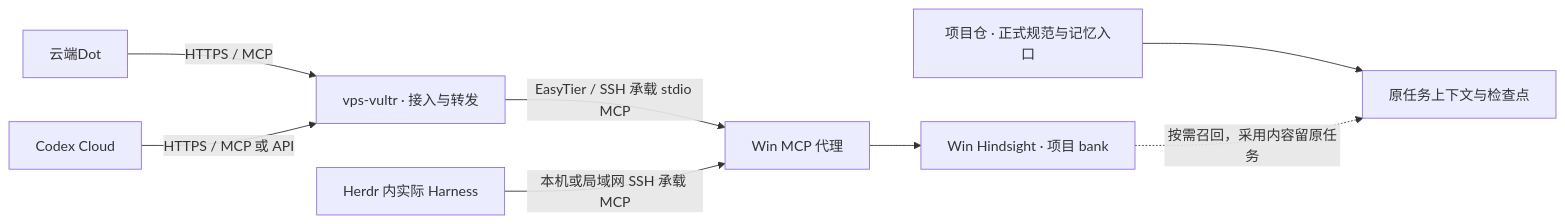
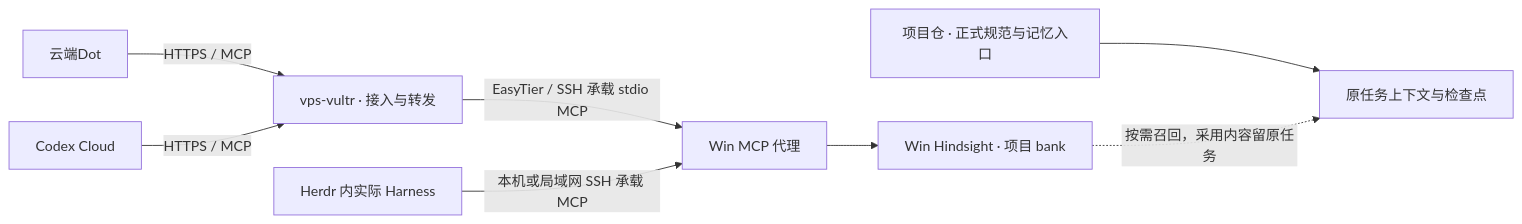
Before and after one commit to CF-FE/herdr-4-codexcloud: the third of 3 diagrams in docs/architecture.md, drawn with Mermaid. The commit also changed 2 other files, not shown here.

Commit message:
docs: require MCP access for both cloud roles

````diff
--- a/docs/architecture.md
+++ b/docs/architecture.md
@@ -82,10 +82,10 @@
 ```mermaid
 flowchart LR
     D["云端Dot"] -->|"HTTPS / MCP"| V["vps-vultr · 接入与转发"]
-    C["Codex Cloud"] -->|"HTTPS / MCP 或 API"| V
+    C["Codex Cloud"] -->|"HTTPS / MCP"| V
     V -->|"EasyTier / SSH 承载 stdio MCP"| M["Win MCP 代理"]
     A["Herdr 内实际 Harness"] -->|"本机或局域网 SSH 承载 MCP"| M
     M --> H["Win Hindsight · 项目 bank"]
     R["项目仓 · 正式规范与记忆入口"] --> T["原任务上下文与检查点"]
     H -."按需召回，采用内容留原任务".-> T
 ```
````
